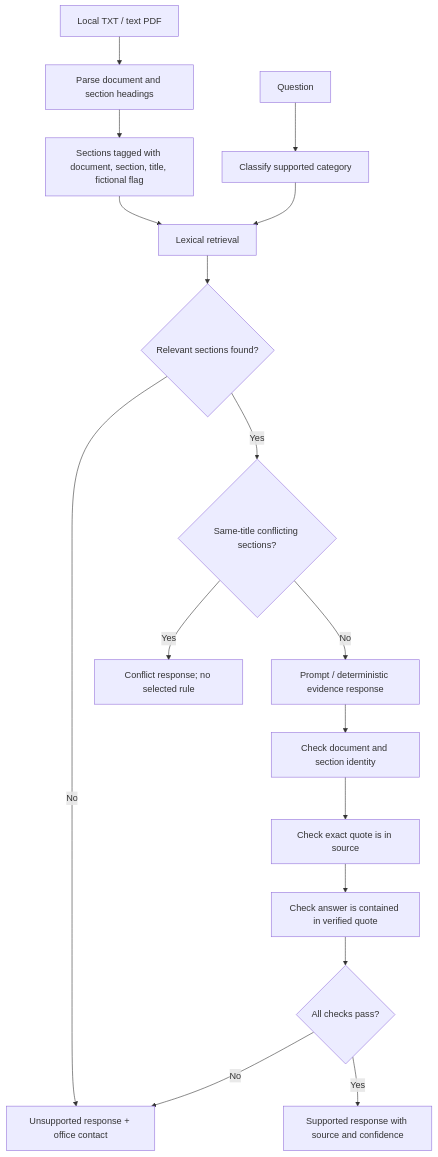
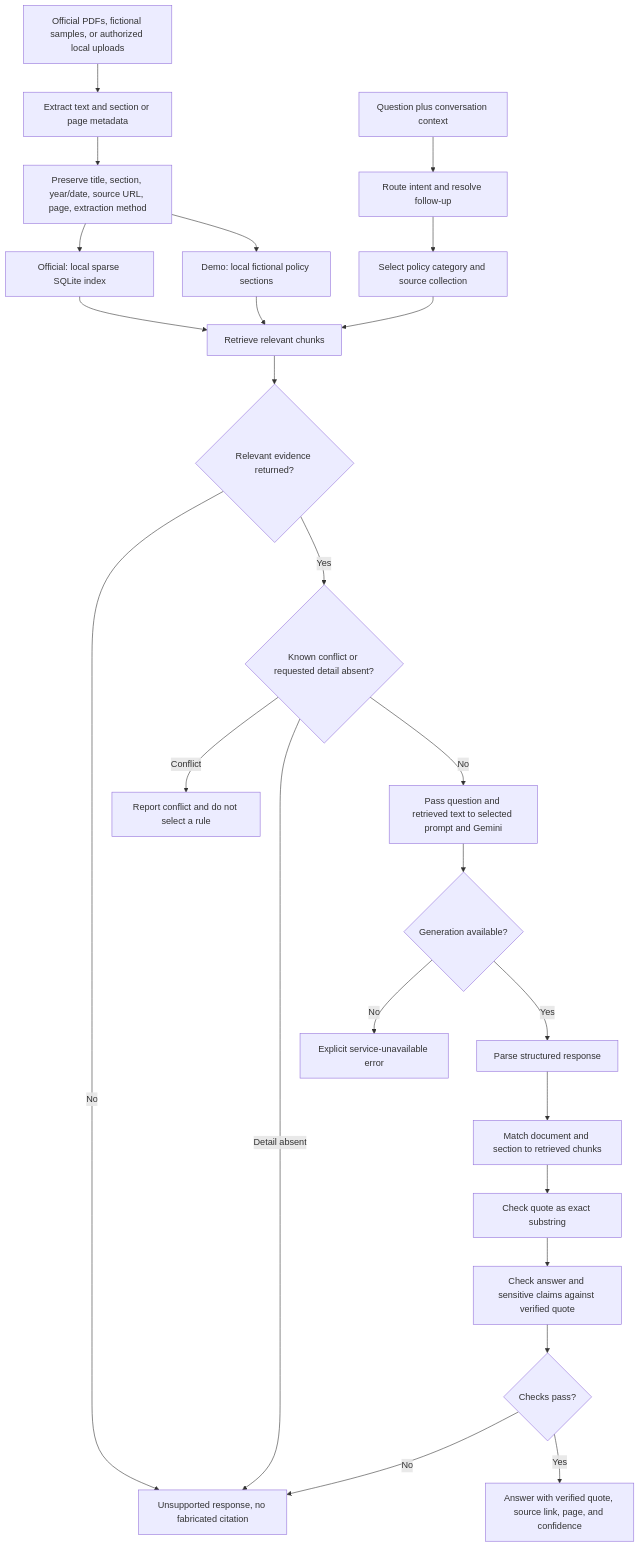
The diagram in docs/diagrams/retrieval-grounding-pipeline.mmd (Codewth/prompt_campusAnswer), drawn with Mermaid before and after one commit. The commit also changed 52 other files, not shown here.

```diff
--- a/docs/diagrams/retrieval-grounding-pipeline.mmd
+++ b/docs/diagrams/retrieval-grounding-pipeline.mmd
@@ -1,17 +1,25 @@
 flowchart TD
-    A[Local TXT / text PDF] --> B[Parse document and section headings]
-    B --> C[Sections tagged with document, section, title, fictional flag]
-    Q[Question] --> D[Classify supported category]
-    C --> E[Lexical retrieval]
-    D --> E
-    E --> F{Relevant sections found?}
-    F -- No --> U[Unsupported response + office contact]
-    F -- Yes --> G{Same-title conflicting sections?}
-    G -- Yes --> X[Conflict response; no selected rule]
-    G -- No --> H[Prompt / deterministic evidence response]
-    H --> I[Check document and section identity]
-    I --> J[Check exact quote is in source]
-    J --> K[Check answer is contained in verified quote]
-    K --> L{All checks pass?}
-    L -- No --> U
-    L -- Yes --> M[Supported response with source and confidence]
+    A[Official PDFs, fictional samples, or authorized local uploads] --> B[Extract text and section or page metadata]
+    B --> C[Preserve title, section, year/date, source URL, page, extraction method]
+    C --> D[Official: local sparse SQLite index]
+    C --> E[Demo: local fictional policy sections]
+    Q[Question plus conversation context] --> R[Route intent and resolve follow-up]
+    R --> S[Select policy category and source collection]
+    D --> T[Retrieve relevant chunks]
+    E --> T
+    S --> T
+    T --> U{Relevant evidence returned?}
+    U -- No --> V[Unsupported response, no fabricated citation]
+    U -- Yes --> W{Known conflict or requested detail absent?}
+    W -- Conflict --> X[Report conflict and do not select a rule]
+    W -- Detail absent --> V
+    W -- No --> Y[Pass question and retrieved text to selected prompt and Gemini]
+    Y --> Z{Generation available?}
+    Z -- No --> AA[Explicit service-unavailable error]
+    Z -- Yes --> AB[Parse structured response]
+    AB --> AC[Match document and section to retrieved chunks]
+    AC --> AD[Check quote as exact substring]
+    AD --> AE[Check answer and sensitive claims against verified quote]
+    AE --> AF{Checks pass?}
+    AF -- No --> V
+    AF -- Yes --> AG[Answer with verified quote, source link, page, and confidence]
```
